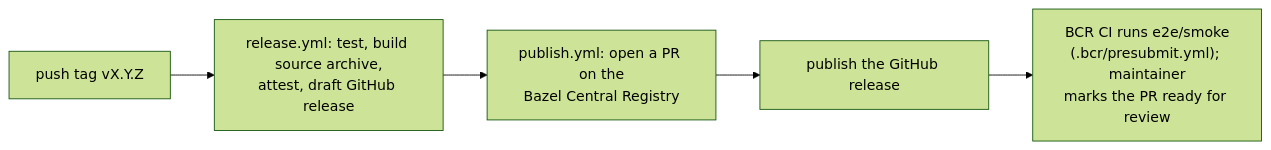
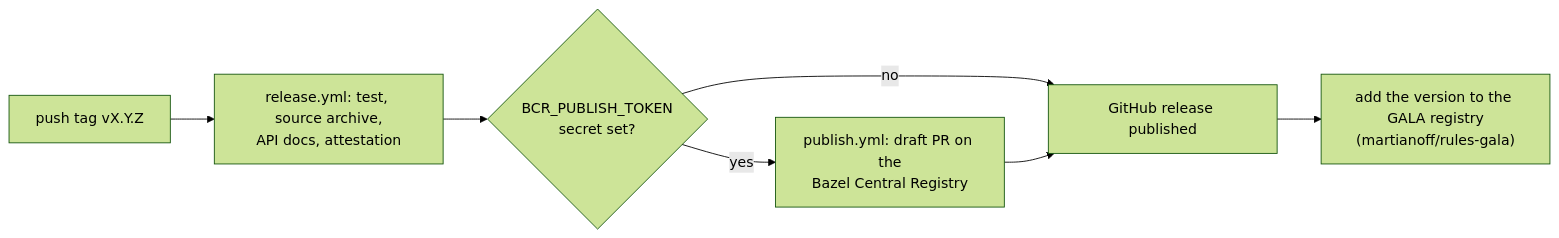
Before and after one commit to martianoff/rules_lean: the diagram in CONTRIBUTING.md, drawn with Mermaid (forest theme). The commit also changed other lines of this file and 4 other files, not shown here.

First line of the commit message:
release: 0.1.0; BCR publishing becomes opt-in

````diff
--- a/CONTRIBUTING.md
+++ b/CONTRIBUTING.md
@@ -82,7 +83,9 @@
 ```mermaid
 flowchart LR
-    tag["push tag vX.Y.Z"] --> release["release.yml: test, build source archive,<br/>attest, draft GitHub release"]
-    release --> publish["publish.yml: open a PR on the<br/>Bazel Central Registry"]
-    publish --> final["publish the GitHub release"]
-    final --> bcr["BCR CI runs e2e/smoke<br/>(.bcr/presubmit.yml); maintainer<br/>marks the PR ready for review"]
+    tag["push tag vX.Y.Z"] --> release["release.yml: test, source archive,<br/>API docs, attestation"]
+    release --> bcr{"BCR_PUBLISH_TOKEN<br/>secret set?"}
+    bcr -->|yes| publish["publish.yml: draft PR on the<br/>Bazel Central Registry"]
+    bcr -->|no| final["GitHub release published"]
+    publish --> final
+    final --> registry["add the version to the GALA registry<br/>(martianoff/rules-gala)"]
 ```
````
